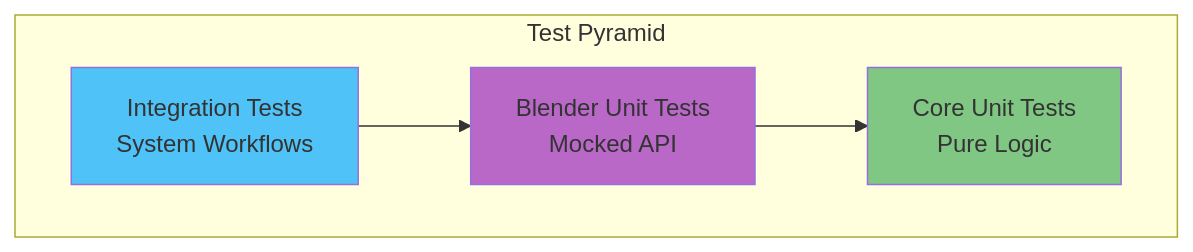
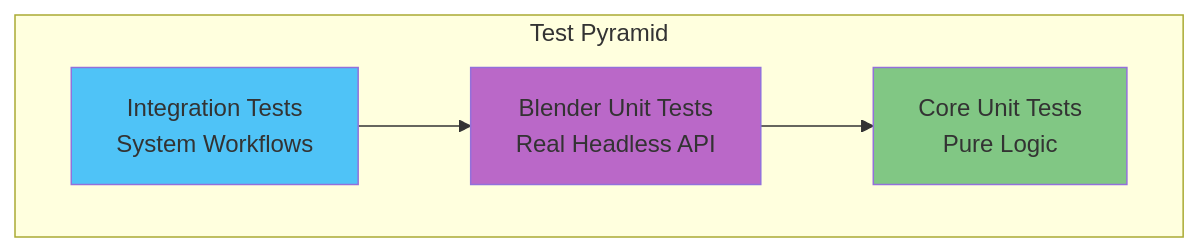
Before and after one commit to arounamounchili/linkforge: the eighth of 8 diagrams in ARCHITECTURE.md, drawn with Mermaid. The commit also changed other lines of this file and 22 other files, not shown here.

````diff
--- a/ARCHITECTURE.md
+++ b/ARCHITECTURE.md
@@ -380,15 +380,15 @@
 ```mermaid
 graph TB
     subgraph "Test Pyramid"
         Integration[Integration Tests<br/>System Workflows]
-        Blender[Blender Unit Tests<br/>Mocked API]
+        Blender[Blender Unit Tests<br/>Real Headless API]
         Core[Core Unit Tests<br/>Pure Logic]
     end
 
     Integration --> Blender
     Blender --> Core
 
     style Integration fill:#4fc3f7
     style Blender fill:#ba68c8
     style Core fill:#81c784
 ```
````
